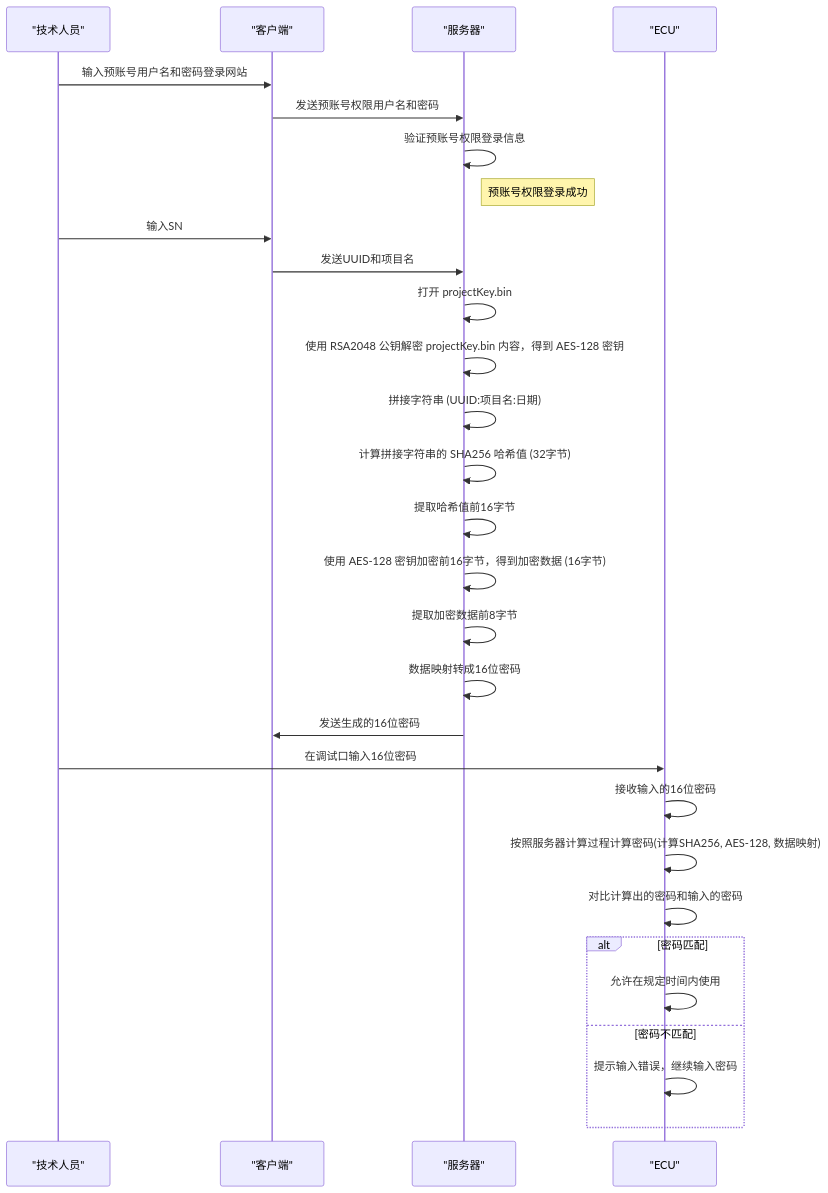
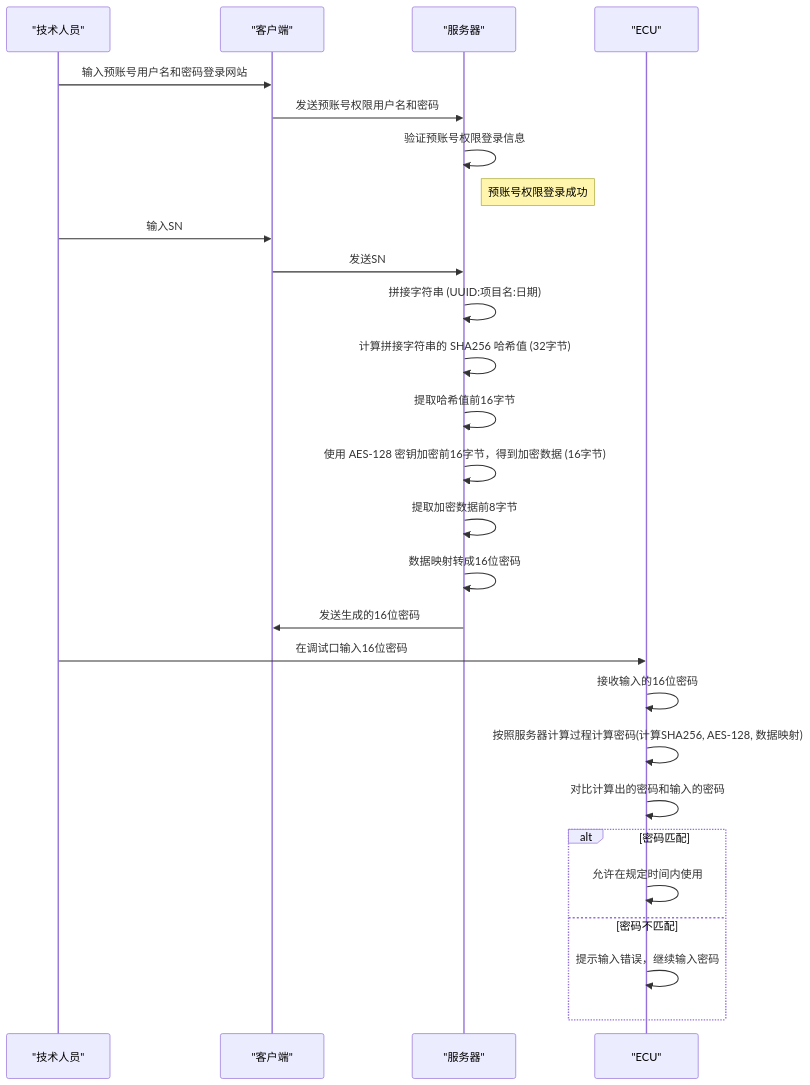
Before and after one commit to facebook-cloud/iodraw-files: the diagram in all/未命名-12.md, drawn with Mermaid.

Commit message:
2026-01-14 13:54:08 update

````diff
--- a/all/未命名-12.md
+++ b/all/未命名-12.md
@@ -1,41 +1,38 @@
 ```mermaid
 sequenceDiagram
     participant Technician as "技术人员"
     participant Client as "客户端"
     participant Server as "服务器"
     participant ECU as "ECU"
 
     Technician->>Client: 输入预账号用户名和密码登录网站
     Client->>Server: 发送预账号权限用户名和密码
 
     Server->>Server: 验证预账号权限登录信息
     Note right of Server: 预账号权限登录成功
 
     Technician->>Client: 输入SN
-    Client->>Server: 发送UUID和项目名
-
-    Server->>Server: 打开 projectKey.bin
-    Server->>Server: 使用 RSA2048 公钥解密 projectKey.bin 内容，得到 AES-128 密钥
+    Client->>Server: 发送SN
 
     Server->>Server: 拼接字符串 (UUID:项目名:日期)
     Server->>Server: 计算拼接字符串的 SHA256 哈希值 (32字节)
     Server->>Server: 提取哈希值前16字节
     Server->>Server: 使用 AES-128 密钥加密前16字节，得到加密数据 (16字节)
     Server->>Server: 提取加密数据前8字节
     Server->>Server: 数据映射转成16位密码
 
     Server->>Client: 发送生成的16位密码
 
     Technician->>ECU: 在调试口输入16位密码
 
     ECU->>ECU: 接收输入的16位密码
     ECU->>ECU: 按照服务器计算过程计算密码(计算SHA256, AES-128, 数据映射)
 
     ECU->>ECU: 对比计算出的密码和输入的密码
     alt 密码匹配
         ECU->>ECU: 允许在规定时间内使用
     else 密码不匹配
         ECU->>ECU: 提示输入错误，继续输入密码
     end
 
 ```
````
